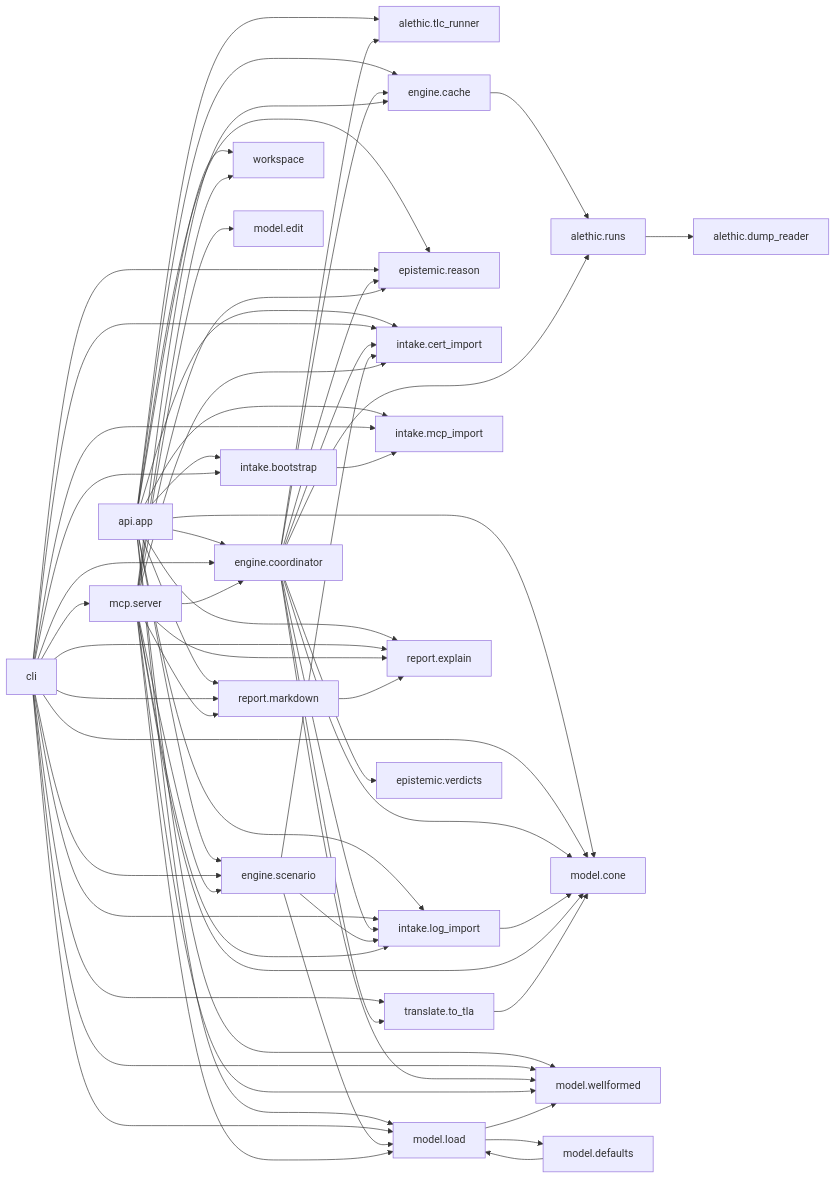
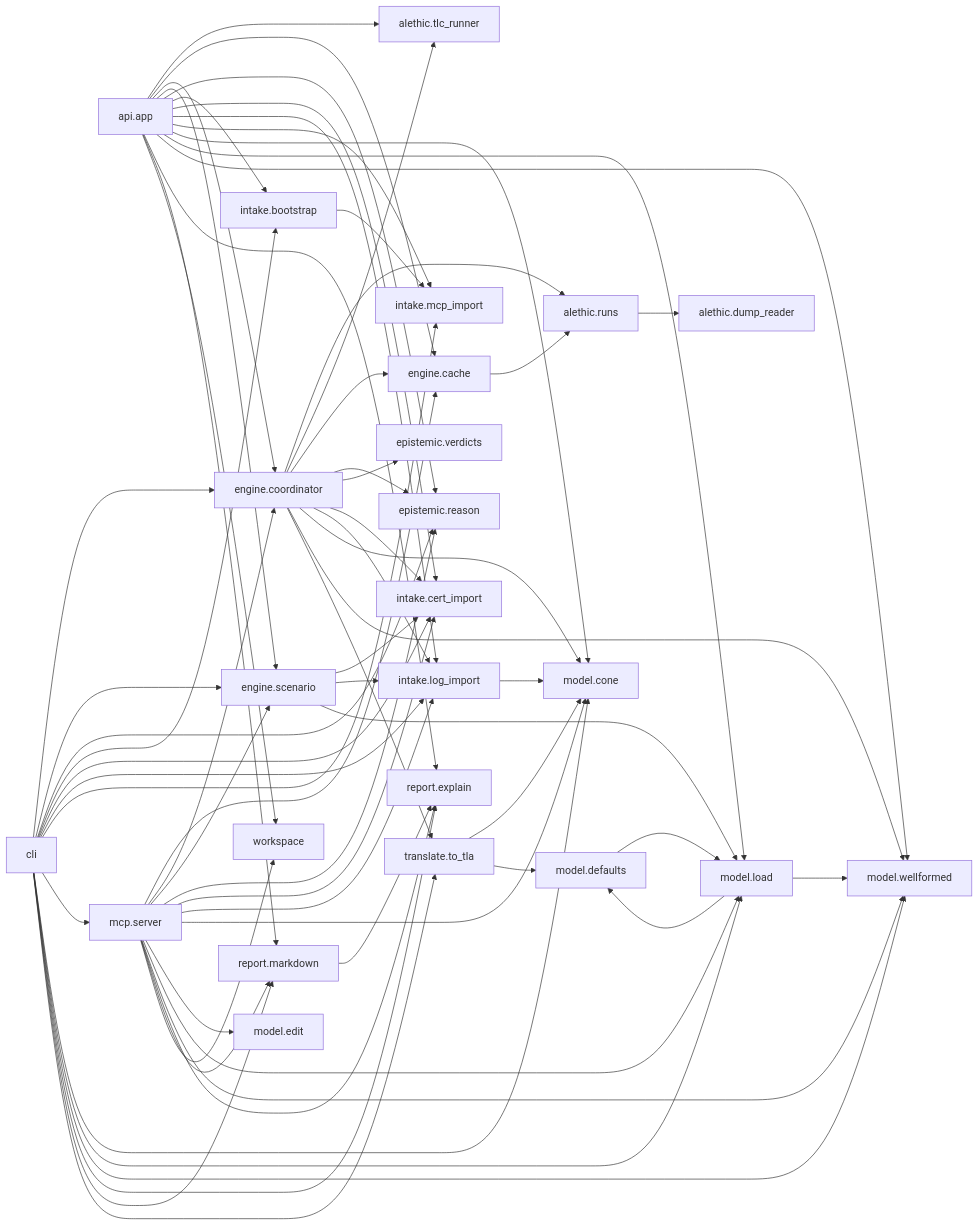
One commit to nmarci7/Bimodal-EPA changed the first of 2 diagrams in docs/dev/call-graph.md. Above: the diagram before and after it, drawn with Mermaid. The commit also changed other lines of this file and 63 other files, not shown here.

````diff
--- a/docs/dev/call-graph.md
+++ b/docs/dev/call-graph.md
@@ -9,67 +9,68 @@
 ```mermaid
 flowchart LR
   m0[alethic.runs] --> m1[alethic.dump_reader]
   m2[api.app] --> m3[alethic.tlc_runner]
   m2[api.app] --> m4[engine.cache]
   m2[api.app] --> m5[engine.coordinator]
   m2[api.app] --> m6[engine.scenario]
   m2[api.app] --> m7[epistemic.reason]
   m2[api.app] --> m8[intake.bootstrap]
   m2[api.app] --> m9[intake.cert_import]
   m2[api.app] --> m10[intake.log_import]
   m2[api.app] --> m11[intake.mcp_import]
   m2[api.app] --> m12[model.cone]
   m2[api.app] --> m13[model.load]
   m2[api.app] --> m14[model.wellformed]
   m2[api.app] --> m15[report.explain]
   m2[api.app] --> m16[report.markdown]
   m2[api.app] --> m17[workspace]
   m18[cli] --> m5[engine.coordinator]
   m18[cli] --> m6[engine.scenario]
   m18[cli] --> m7[epistemic.reason]
   m18[cli] --> m8[intake.bootstrap]
   m18[cli] --> m9[intake.cert_import]
   m18[cli] --> m10[intake.log_import]
   m18[cli] --> m11[intake.mcp_import]
   m18[cli] --> m19[mcp.server]
   m18[cli] --> m12[model.cone]
   m18[cli] --> m13[model.load]
   m18[cli] --> m14[model.wellformed]
   m18[cli] --> m15[report.explain]
   m18[cli] --> m16[report.markdown]
   m18[cli] --> m20[translate.to_tla]
   m4[engine.cache] --> m0[alethic.runs]
   m5[engine.coordinator] --> m0[alethic.runs]
   m5[engine.coordinator] --> m3[alethic.tlc_runner]
   m5[engine.coordinator] --> m4[engine.cache]
   m5[engine.coordinator] --> m7[epistemic.reason]
   m5[engine.coordinator] --> m21[epistemic.verdicts]
   m5[engine.coordinator] --> m9[intake.cert_import]
   m5[engine.coordinator] --> m10[intake.log_import]
   m5[engine.coordinator] --> m12[model.cone]
   m5[engine.coordinator] --> m14[model.wellformed]
   m5[engine.coordinator] --> m20[translate.to_tla]
   m6[engine.scenario] --> m9[intake.cert_import]
   m6[engine.scenario] --> m10[intake.log_import]
   m6[engine.scenario] --> m13[model.load]
   m8[intake.bootstrap] --> m11[intake.mcp_import]
   m10[intake.log_import] --> m12[model.cone]
   m19[mcp.server] --> m4[engine.cache]
   m19[mcp.server] --> m5[engine.coordinator]
   m19[mcp.server] --> m6[engine.scenario]
   m19[mcp.server] --> m7[epistemic.reason]
   m19[mcp.server] --> m9[intake.cert_import]
   m19[mcp.server] --> m10[intake.log_import]
   m19[mcp.server] --> m12[model.cone]
   m19[mcp.server] --> m22[model.edit]
   m19[mcp.server] --> m13[model.load]
   m19[mcp.server] --> m14[model.wellformed]
   m19[mcp.server] --> m15[report.explain]
   m19[mcp.server] --> m16[report.markdown]
   m19[mcp.server] --> m17[workspace]
   m23[model.defaults] --> m13[model.load]
   m13[model.load] --> m23[model.defaults]
   m13[model.load] --> m14[model.wellformed]
   m16[report.markdown] --> m15[report.explain]
   m20[translate.to_tla] --> m12[model.cone]
+  m20[translate.to_tla] --> m23[model.defaults]
 ```
````
